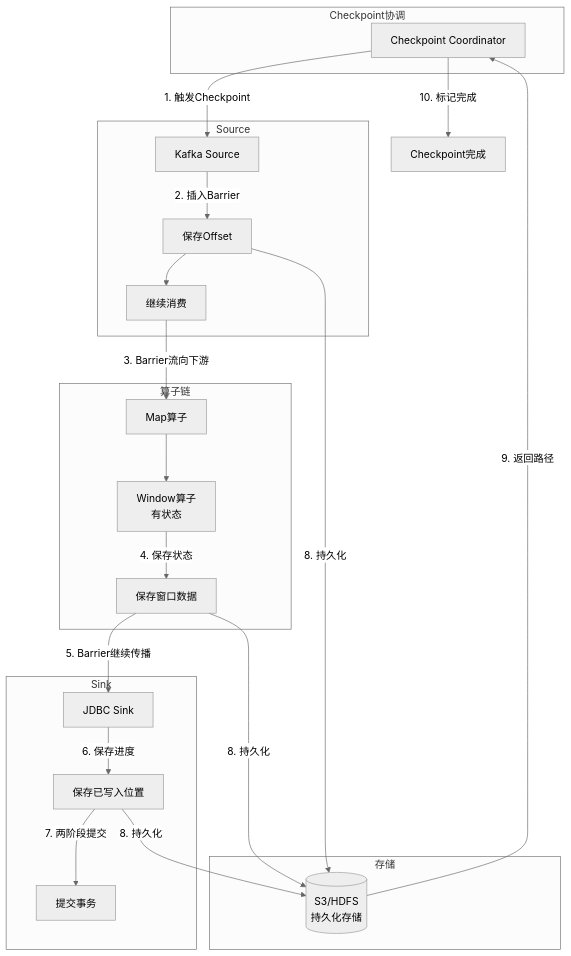
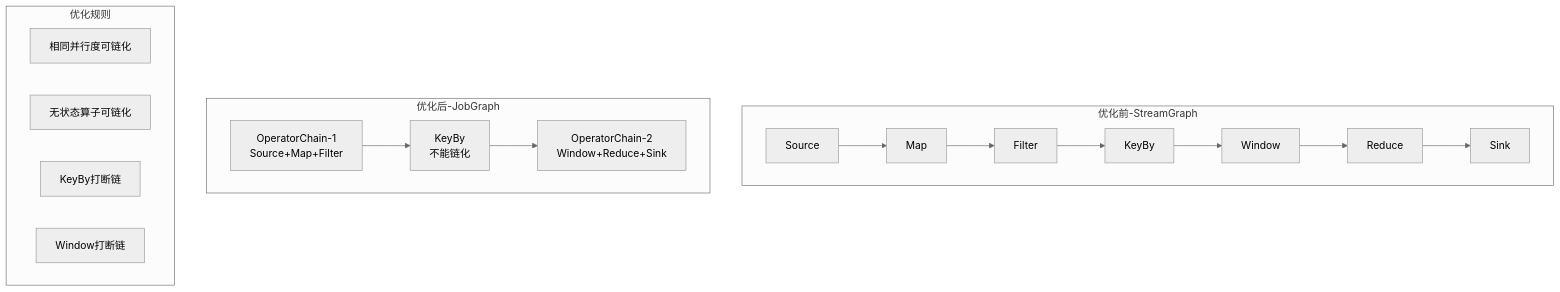
The sixth of 8 diagrams in pipeline-framework-design.md (312268112/advanced-java), drawn with Mermaid (neutral theme) before and after one commit. The commit also changed other lines of this file, not shown here.

````diff
--- a/pipeline-framework-design.md
+++ b/pipeline-framework-design.md
@@ -457,47 +1215,26 @@
 ```mermaid
 graph TB
-    subgraph "Checkpoint协调"
-        Coordinator[Checkpoint Coordinator]
+    subgraph "优化前-StreamGraph"
+        S1[Source] --> M1[Map]
+        M1 --> F1[Filter]
+        F1 --> K1[KeyBy]
+        K1 --> W1[Window]
+        W1 --> R1[Reduce]
+        R1 --> Sk1[Sink]
     end
     
-    subgraph "Source"
-        S1[Kafka Source]
-        S2[保存Offset]
-        S3[继续消费]
+    subgraph "优化后-JobGraph"
+        Chain1["OperatorChain-1<br/>Source+Map+Filter"]
+        KB["KeyBy<br/>不能链化"]
+        Chain2["OperatorChain-2<br/>Window+Reduce+Sink"]
+        
+        Chain1 --> KB --> Chain2
     end
     
-    subgraph "算子链"
-        O1[Map算子]
-        O2[Window算子<br/>有状态]
-        O3[保存窗口数据]
+    subgraph "优化规则"
+        Rule1[相同并行度可链化]
+        Rule2[无状态算子可链化]
+        Rule3[KeyBy打断链]
+        Rule4[Window打断链]
     end
-    
-    subgraph "Sink"
-        K1[JDBC Sink]
-        K2[保存已写入位置]
-        K3[提交事务]
-    end
-    
-    subgraph "存储"
-        Store[(S3/HDFS<br/>持久化存储)]
-    end
-    
-    Coordinator -->|1. 触发Checkpoint| S1
-    S1 -->|2. 插入Barrier| S2
-    S2 --> S3
-    
-    S3 -->|3. Barrier流向下游| O1
-    O1 --> O2
-    O2 -->|4. 保存状态| O3
-    O3 -->|5. Barrier继续传播| K1
-    
-    K1 -->|6. 保存进度| K2
-    K2 -->|7. 两阶段提交| K3
-    
-    S2 -->|8. 持久化| Store
-    O3 -->|8. 持久化| Store
-    K2 -->|8. 持久化| Store
-    
-    Store -->|9. 返回路径| Coordinator
-    Coordinator -->|10. 标记完成| Done[Checkpoint完成]
 ```
````
